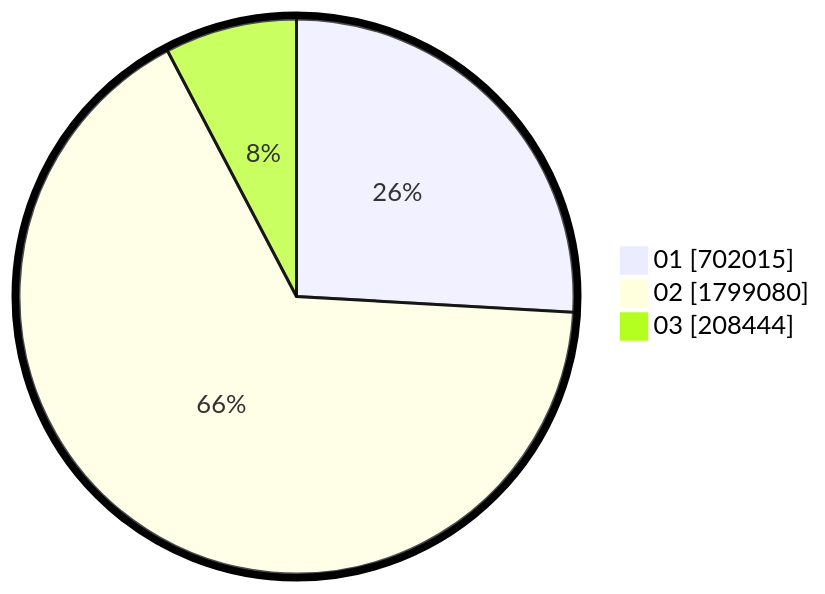
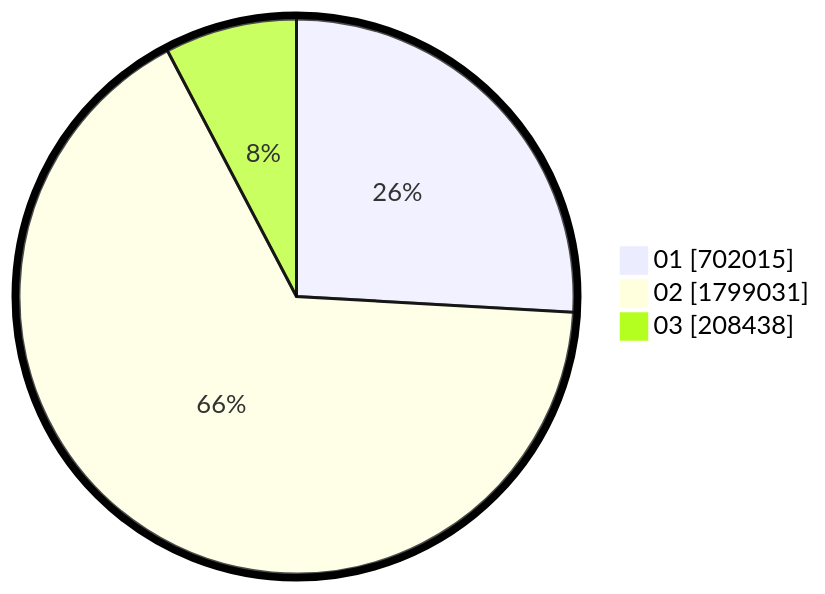
Before and after one commit to gigit-pemilu/pemilu-2024: the second of 2 diagrams in pilpres/hitung-suara/sub/table-wilayah-52.md, drawn with Mermaid. The commit also changed other lines of this file and 10 other files, not shown here.

````diff
--- a/pilpres/hitung-suara/sub/table-wilayah-52.md
+++ b/pilpres/hitung-suara/sub/table-wilayah-52.md
@@ -15,7 +15,7 @@
 ```mermaid
 %%{init: {"pie": {"textPosition": 0.5}, "themeVariables": {"pieOuterStrokeWidth": "5px"}} }%%
 pie showData
     "01" : 702015
-    "02" : 1799080
-    "03" : 208444
+    "02" : 1799031
+    "03" : 208438
 ```
````
